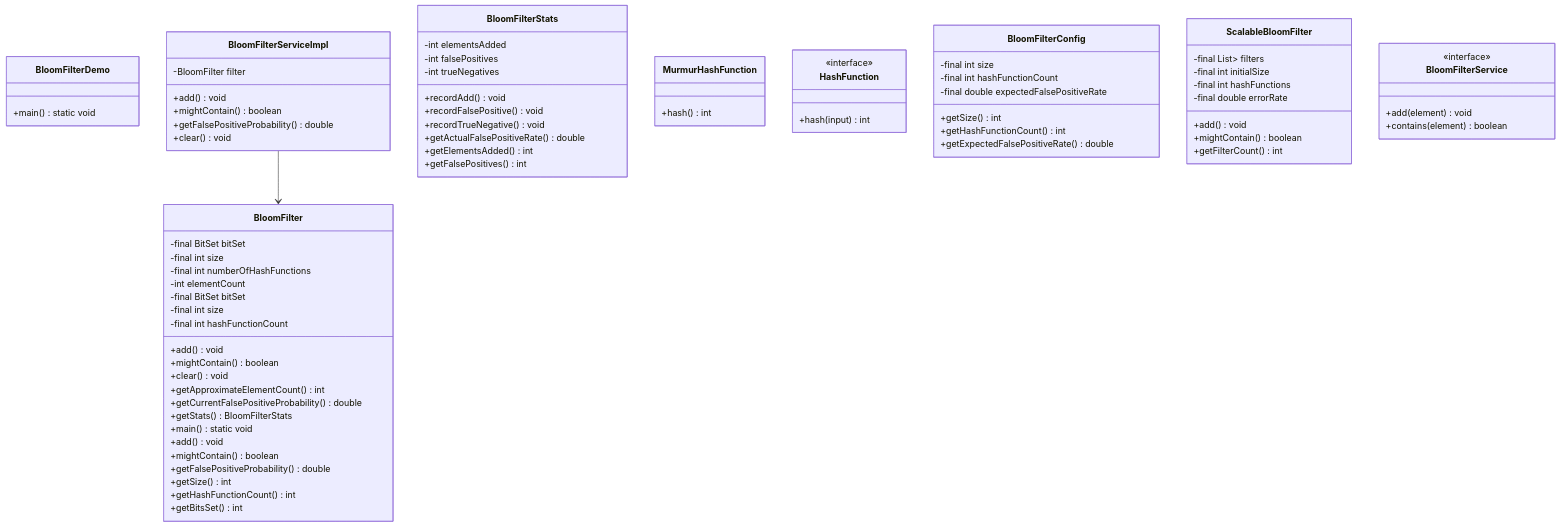
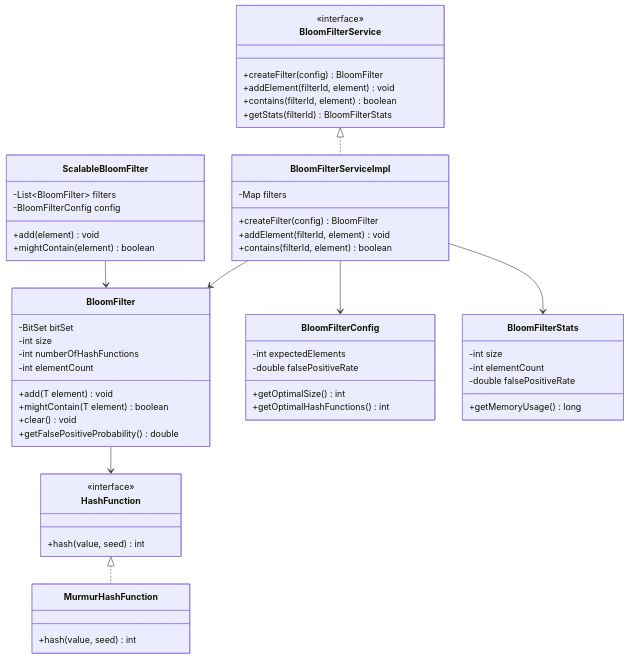
Before and after one commit to dlkr18/lld-playbook: the diagram in docs/problems/bloomfilter/README.md, drawn with Mermaid. The commit also changed other lines of this file and 306 other files, not shown here.

````diff
--- a/docs/problems/bloomfilter/README.md
+++ b/docs/problems/bloomfilter/README.md
@@ -54,89 +63,66 @@
 ```mermaid
 classDiagram
-
     class BloomFilter {
-        -final BitSet bitSet
-        -final int size
-        -final int numberOfHashFunctions
+        -BitSet bitSet
+        -int size
+        -int numberOfHashFunctions
         -int elementCount
-        +add() void
-        +mightContain() boolean
+        +add(T element) void
+        +mightContain(T element) boolean
         +clear() void
-        +getApproximateElementCount() int
-        +getCurrentFalsePositiveProbability() double
-        +getStats() BloomFilterStats
-        +main() static void
+        +getFalsePositiveProbability() double
     }
 
-    class BloomFilterDemo {
-        +main() static void
+    class BloomFilterService {
+        <<interface>>
+        +createFilter(config) BloomFilter
+        +addElement(filterId, element) void
+        +contains(filterId, element) boolean
+        +getStats(filterId) BloomFilterStats
     }
 
     class BloomFilterServiceImpl {
-        -BloomFilter<T> filter
-        +add() void
-        +mightContain() boolean
-        +getFalsePositiveProbability() double
-        +clear() void
+        -Map filters
+        +createFilter(config) BloomFilter
+        +addElement(filterId, element) void
+        +contains(filterId, element) boolean
     }
 
-    class BloomFilterStats {
-        -int elementsAdded
-        -int falsePositives
-        -int trueNegatives
-        +recordAdd() void
-        +recordFalsePositive() void
-        +recordTrueNegative() void
-        +getActualFalsePositiveRate() double
-        +getElementsAdded() int
-        +getFalsePositives() int
-    }
-
-    class MurmurHashFunction {
-        +hash() int
+    class BloomFilterConfig {
+        -int expectedElements
+        -double falsePositiveRate
+        +getOptimalSize() int
+        +getOptimalHashFunctions() int
     }
 
     class HashFunction {
         <<interface>>
-        +hash(input) int
+        +hash(value, seed) int
     }
 
-    class BloomFilterConfig {
-        -final int size
-        -final int hashFunctionCount
-        -final double expectedFalsePositiveRate
-        +getSize() int
-        +getHashFunctionCount() int
-        +getExpectedFalsePositiveRate() double
+    class MurmurHashFunction {
+        +hash(value, seed) int
     }
 
     class ScalableBloomFilter {
-        -final List<BloomFilter<T>> filters
-        -final int initialSize
-        -final int hashFunctions
-        -final double errorRate
-        +add() void
-        +mightContain() boolean
-        +getFilterCount() int
+        -List~BloomFilter~ filters
+        -BloomFilterConfig config
+        +add(element) void
+        +mightContain(element) boolean
     }
 
-    class BloomFilter {
-        -final BitSet bitSet
-        -final int size
-        -final int hashFunctionCount
-        +add() void
-        +mightContain() boolean
-        +getFalsePositiveProbability() double
-        +getSize() int
-        +getHashFunctionCount() int
-        +getBitsSet() int
+    class BloomFilterStats {
+        -int size
+        -int elementCount
+        -double falsePositiveRate
+        +getMemoryUsage() long
     }
 
-    class BloomFilterService {
-        <<interface>>
-        +add(element) void
-        +contains(element) boolean
-    }
-
+    BloomFilterService <|.. BloomFilterServiceImpl
     BloomFilterServiceImpl --> BloomFilter
+    BloomFilterServiceImpl --> BloomFilterConfig
+    BloomFilter --> HashFunction
+    HashFunction <|.. MurmurHashFunction
+    ScalableBloomFilter --> BloomFilter
+    BloomFilterServiceImpl --> BloomFilterStats
 ```
````
